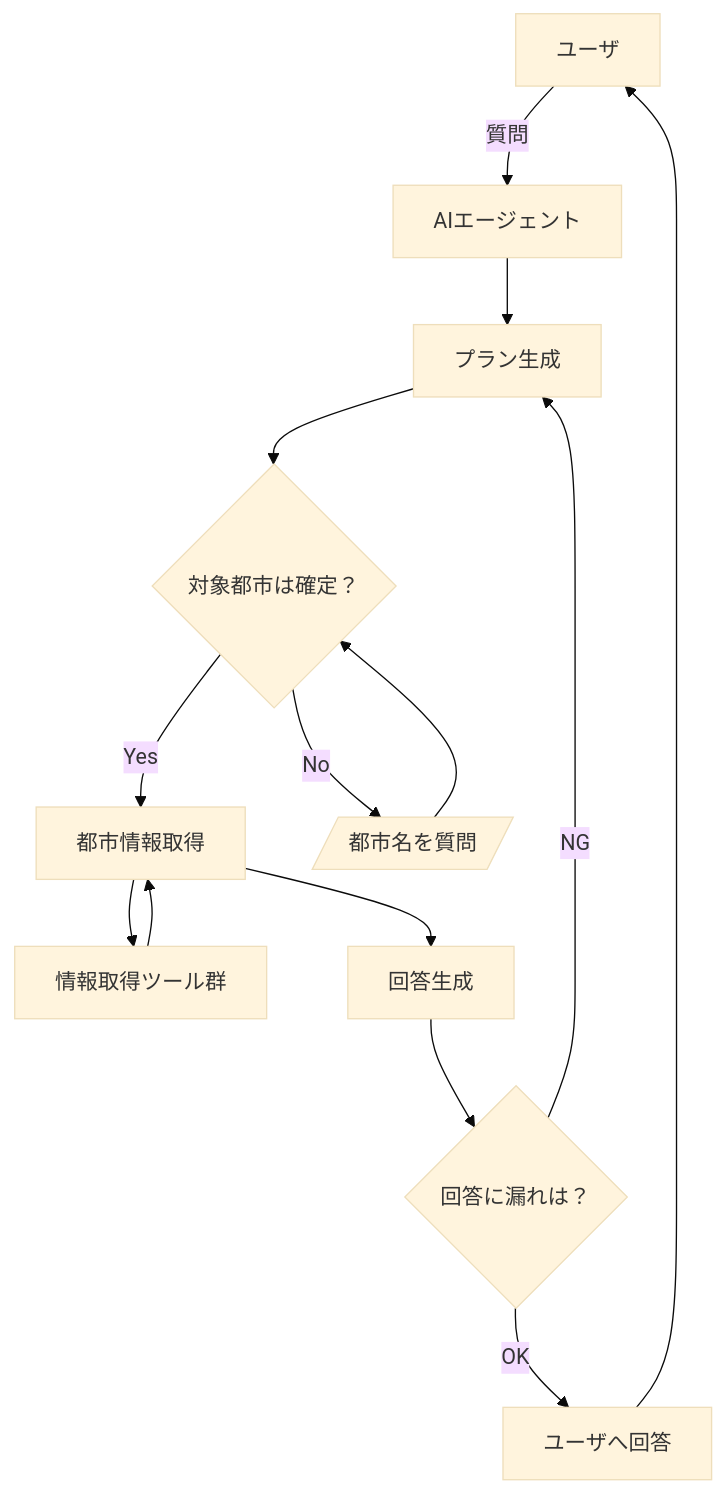
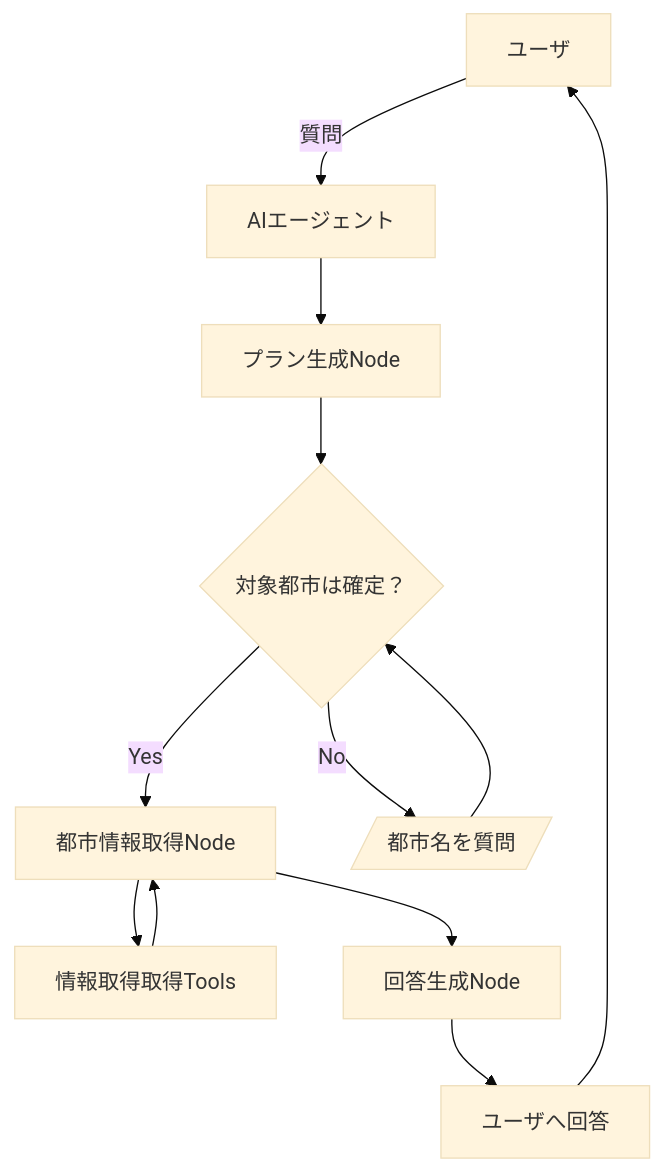
One commit to Jonh-Nash/city-information-assistant changed the diagram in docs/ai-agent.md. Above: the diagram before and after it, drawn with Mermaid (base theme).

Commit message:
update: エージェントの設計

````diff
--- a/docs/ai-agent.md
+++ b/docs/ai-agent.md
@@ -3,27 +3,25 @@
 ```mermaid
 graph TB
     %% User Interaction
     U[ユーザ] -->|質問| AG[AIエージェント]
 
     %% Planning
-    AG --> Plan[プラン生成]
+    AG --> Plan[プラン生成Node]
     Plan --> DetermineCity{対象都市は確定？}
 
     %% City determination
-    DetermineCity -- Yes --> GatherInfo[都市情報取得]
+    DetermineCity -- Yes --> GatherInfo[都市情報取得Node]
     DetermineCity -- No --> AskCity[/都市名を質問/]
     AskCity --> DetermineCity
 
     %% Information retrieval
-    GatherInfo --> Tools[情報取得ツール群]
+    GatherInfo --> Tools[情報取得取得Tools]
     Tools --> GatherInfo
 
     %% Answer generation
-    GatherInfo --> Compose[回答生成]
-    Compose --> Validate{回答に漏れは？}
-    Validate -- OK --> Response[ユーザへ回答]
-    Validate -- NG --> Plan
+    GatherInfo --> Compose[回答生成Node]
+    Compose --> Response[ユーザへ回答]
 
     %% Response
     Response --> U
 ```
````
